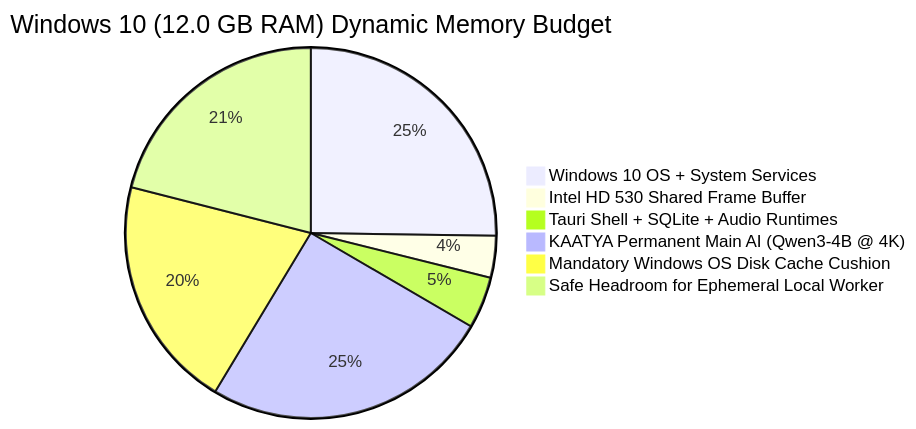
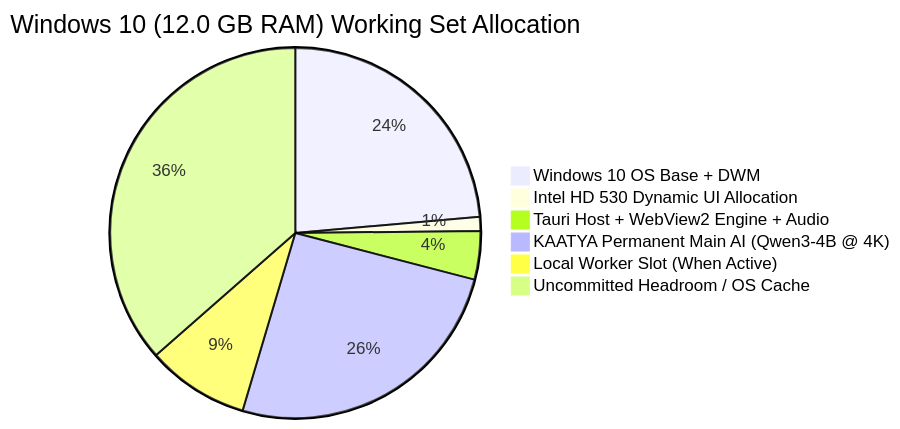
One commit to vishishthgaurlittle-byte/stitch-neural-command-audit changed the diagram in KAATYA_FINAL_AUDIT_REPORT.md. Above: the diagram before and after it, drawn with Mermaid. The commit also changed other lines of this file and 11 other files, not shown here.

Commit message:
fix(arch): correct memory budget arithmetic, FLUX.2 Klein dependencies, video diffusion feasibility, and restore approved 23-agent roster

````diff
--- a/KAATYA_FINAL_AUDIT_REPORT.md
+++ b/KAATYA_FINAL_AUDIT_REPORT.md
@@ -29,9 +29,9 @@
 ```mermaid
-pie title Windows 10 (12.0 GB RAM) Dynamic Memory Budget
-    "Windows 10 OS + System Services" : 3100
-    "Intel HD 530 Shared Frame Buffer" : 450
-    "Tauri Shell + SQLite + Audio Runtimes" : 555
-    "KAATYA Permanent Main AI (Qwen3-4B @ 4K)" : 3100
-    "Mandatory Windows OS Disk Cache Cushion" : 2500
-    "Safe Headroom for Ephemeral Local Worker" : 2583
+pie title Windows 10 (12.0 GB RAM) Working Set Allocation
+    "Windows 10 OS Base + DWM" : 2900
+    "Intel HD 530 Dynamic UI Allocation" : 150
+    "Tauri Host + WebView2 Engine + Audio" : 520
+    "KAATYA Permanent Main AI (Qwen3-4B @ 4K)" : 3138
+    "Local Worker Slot (When Active)" : 1100
+    "Uncommitted Headroom / OS Cache" : 4480
 ```
````
